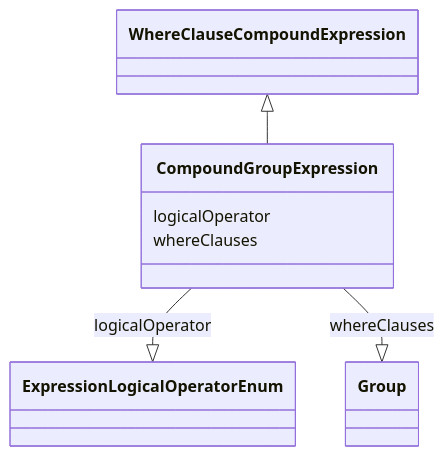
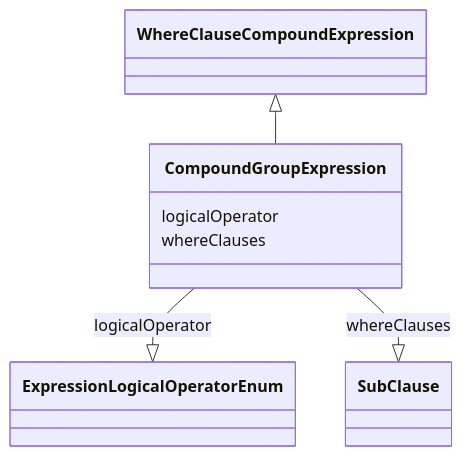
One commit to cdisc-org/analysis-results-standard changed the diagram in project/docs/CompoundGroupExpression.md. Above: the diagram before and after it, drawn with Mermaid. The commit also changed other lines of this file and 174 other files, not shown here.

````diff
--- a/project/docs/CompoundGroupExpression.md
+++ b/project/docs/CompoundGroupExpression.md
@@ -13,11 +13,10 @@
 ```mermaid
  classDiagram
     class CompoundGroupExpression
-      WhereClauseCompoundExpression <|-- CompoundGroupExpression
-
+      WhereClauseCompoundExpression <|-- CompoundGroupExpression        
       CompoundGroupExpression : logicalOperator
         CompoundGroupExpression --|> ExpressionLogicalOperatorEnum : logicalOperator
         CompoundGroupExpression : whereClauses
-        CompoundGroupExpression --|> Group : whereClauses
+        CompoundGroupExpression --|> SubClause : whereClauses
         
 ```
````
